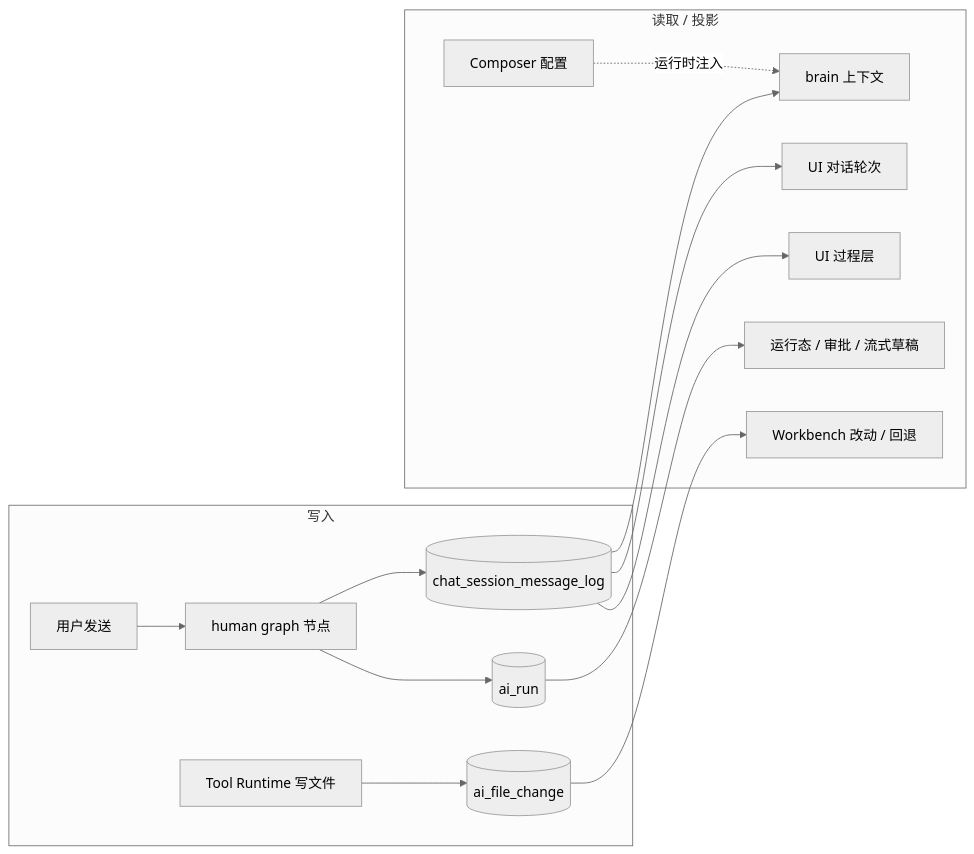
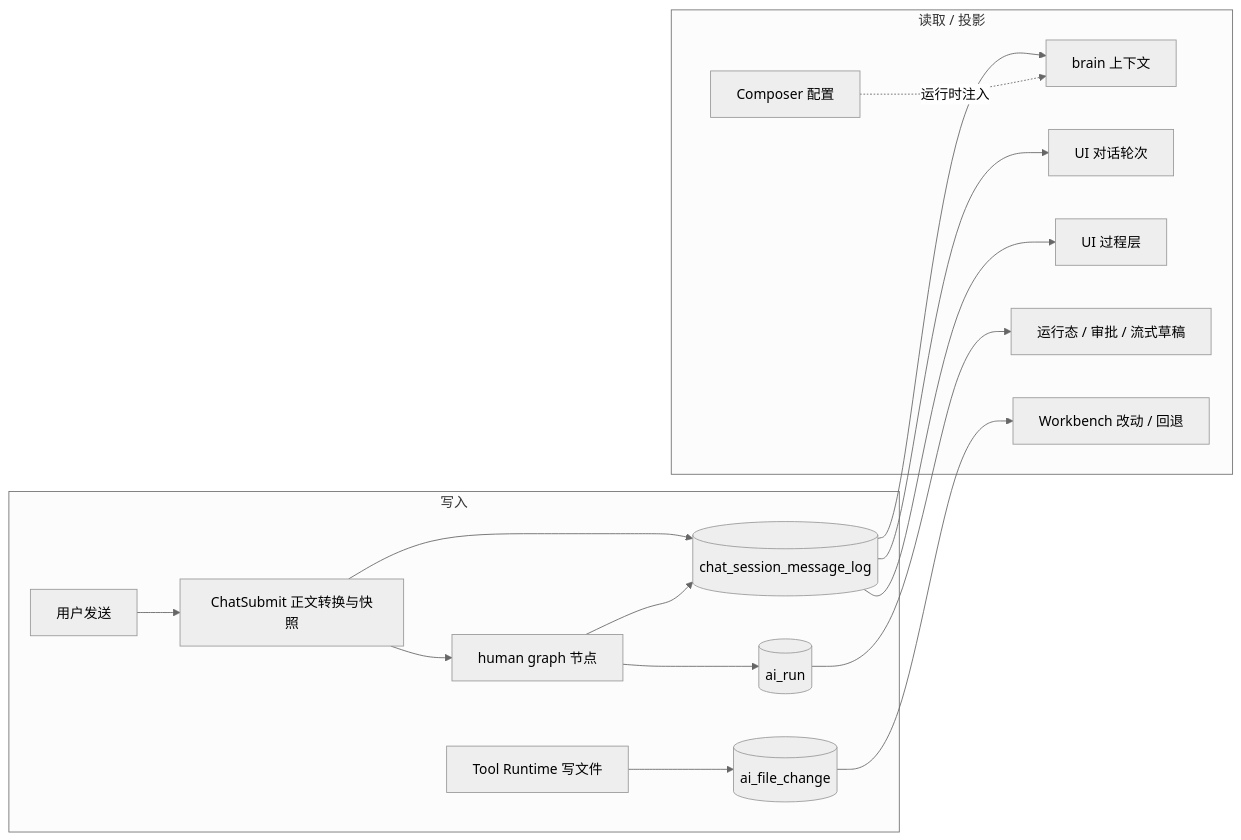
The second of 2 diagrams in doc/architecture.md (Yoan98/Ncurator), drawn with Mermaid (neutral theme) before and after one commit. The commit also changed other lines of this file and 44 other files, not shown here.

````diff
--- a/doc/architecture.md
+++ b/doc/architecture.md
@@ -106,18 +106,20 @@
 ```mermaid
 flowchart LR
   subgraph write [写入]
-    User[用户发送] --> Graph[human graph 节点]
-    Graph --> Log[(chat_session_message_log)]
+    User[用户发送] --> Submit[ChatSubmit 正文转换与快照]
+    Submit --> Log[(chat_session_message_log)]
+    Submit --> Graph[human graph 节点]
+    Graph --> Log
     Tools[Tool Runtime 写文件] --> FC[(ai_file_change)]
     Graph --> Run[(ai_run)]
   end
 
   subgraph read [读取 / 投影]
     Log --> Brain[brain 上下文]
     Log --> Conv[UI 对话轮次]
     Log --> Proc[UI 过程层]
     Run --> RunUI[运行态 / 审批 / 流式草稿]
     FC --> WB[Workbench 改动 / 回退]
     Composer[Composer 配置] -.运行时注入.-> Brain
   end
 ```
````
